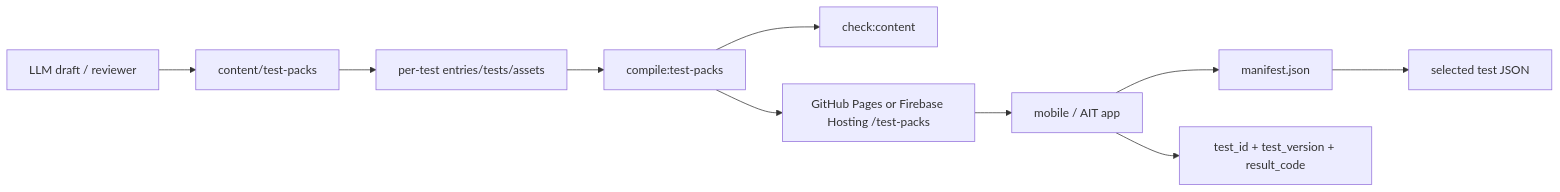
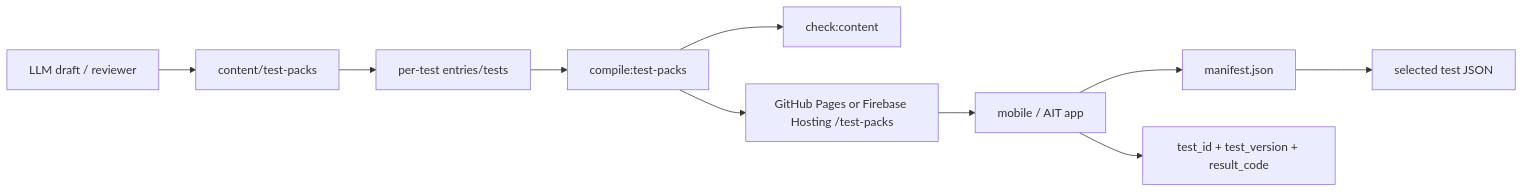
One commit to seorilabs/trait-test-hub changed the diagram in docs/test-packs.md. Above: the diagram before and after it, drawn with Mermaid. The commit also changed other lines of this file and 200 other files, not shown here.

````diff
--- a/docs/test-packs.md
+++ b/docs/test-packs.md
@@ -88,12 +87,12 @@
 ```mermaid
 flowchart LR
   Draft["LLM draft / reviewer"] --> Source["content/test-packs"]
-  Source --> Entry["per-test entries/tests/assets"]
+  Source --> Entry["per-test entries/tests"]
   Entry --> Compile["compile:test-packs"]
   Compile --> Validate["check:content"]
   Compile --> Hosting["GitHub Pages or Firebase Hosting /test-packs"]
   Hosting --> App["mobile / AIT app"]
   App --> Manifest["manifest.json"]
   Manifest --> Payload["selected test JSON"]
   App --> Stats["test_id + test_version + result_code"]
 ```
````
